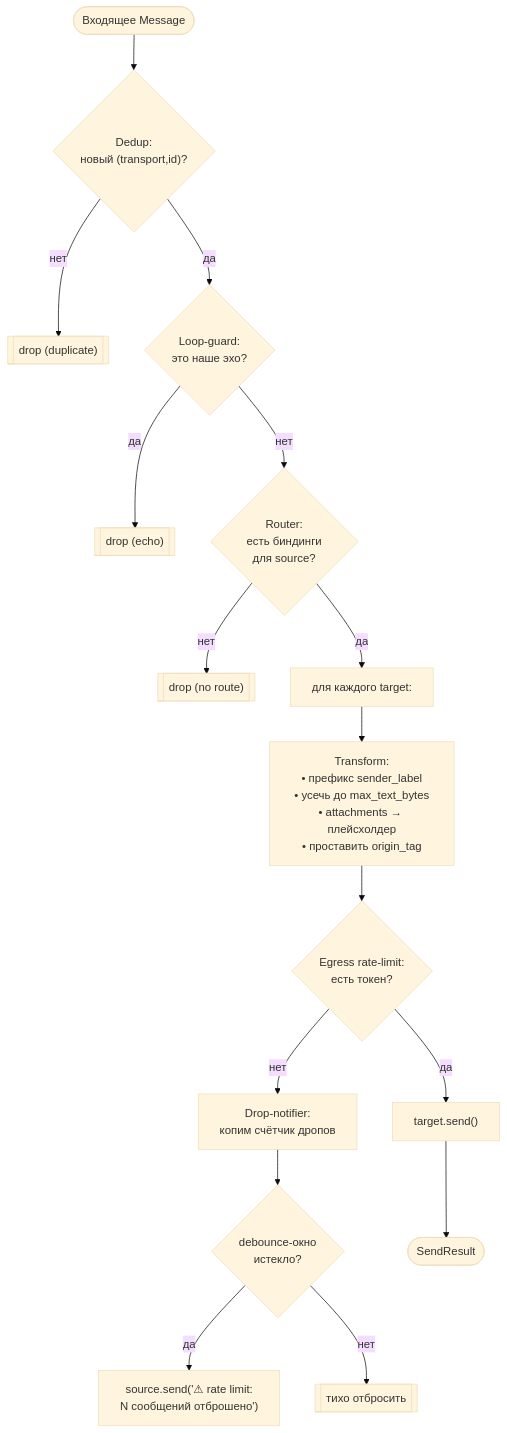
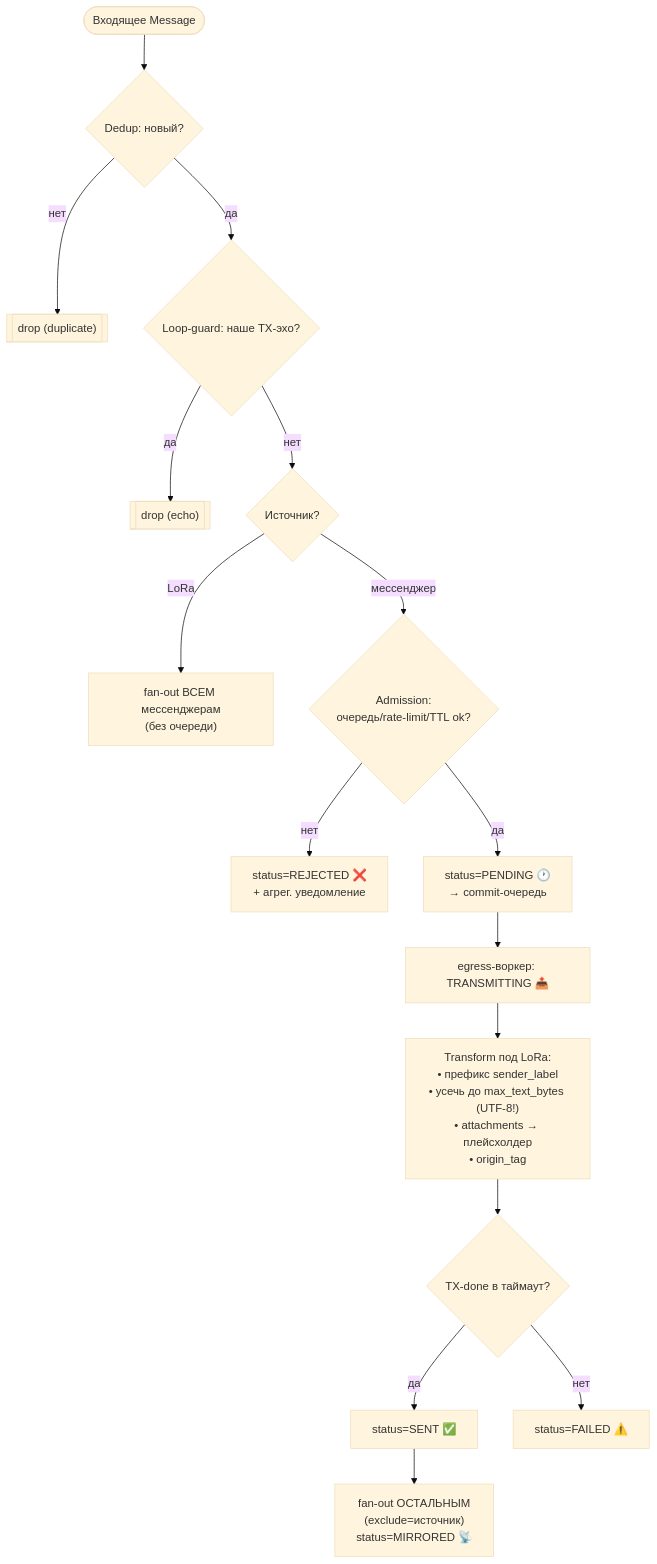
Before and after one commit to Flexlug/LoRa-Bridge: the seventh of 10 diagrams in docs/ARCHITECTURE.md, drawn with Mermaid (base theme). The commit also changed other lines of this file, not shown here.

First line of the commit message:
docs: pivot to client-server commit-log architecture

````diff
--- a/docs/ARCHITECTURE.md
+++ b/docs/ARCHITECTURE.md
@@ -488,18 +447,18 @@
 ```mermaid
 flowchart TB
-    IN([Входящее Message]) --> D{"Dedup:\nновый (transport,id)?"}
-    D -- нет --> DROP1[["drop (duplicate)"]]
-    D -- да --> LG{"Loop-guard:\nэто наше эхо?"}
-    LG -- да --> DROP2[["drop (echo)"]]
-    LG -- нет --> R{"Router:\nесть биндинги\nдля source?"}
-    R -- нет --> DROP3[["drop (no route)"]]
-    R -- да --> LOOP["для каждого target:"]
-    LOOP --> X["Transform:\n• префикс sender_label\n• усечь до max_text_bytes\n• attachments → плейсхолдер\n• проставить origin_tag"]
-    X --> RL{"Egress rate-limit:\nесть токен?"}
-    RL -- да --> SEND["target.send()"]
-    RL -- нет --> N["Drop-notifier:\nкопим счётчик дропов"]
-    N --> DN{"debounce-окно\nистекло?"}
-    DN -- да --> NOTE["source.send('⚠ rate limit:\nN сообщений отброшено')"]
-    DN -- нет --> SKIP[["тихо отбросить"]]
-    SEND --> OUT([SendResult])
+    IN([Входящее Message]) --> DUP{"Dedup: новый?"}
+    DUP -- нет --> D1[["drop (duplicate)"]]
+    DUP -- да --> LG{"Loop-guard: наше TX-эхо?"}
+    LG -- да --> D2[["drop (echo)"]]
+    LG -- нет --> ORI{"Источник?"}
+    ORI -- "LoRa" --> FOL["fan-out ВСЕМ мессенджерам\n(без очереди)"]
+    ORI -- "мессенджер" --> ADM{"Admission:\nочередь/rate-limit/TTL ok?"}
+    ADM -- нет --> REJ["status=REJECTED ❌\n+ агрег. уведомление"]
+    ADM -- да --> PEND["status=PENDING 🕐\n→ commit-очередь"]
+    PEND --> WRK["egress-воркер: TRANSMITTING 📤"]
+    WRK --> XF["Transform под LoRa:\n• префикс sender_label\n• усечь до max_text_bytes (UTF-8!)\n• attachments → плейсхолдер\n• origin_tag"]
+    XF --> TX{"TX-done в таймаут?"}
+    TX -- да --> SENT["status=SENT ✅"]
+    SENT --> MIR["fan-out ОСТАЛЬНЫМ\n(exclude=источник)\nstatus=MIRRORED 📡"]
+    TX -- нет --> FAIL["status=FAILED ⚠️"]
 ```
````
